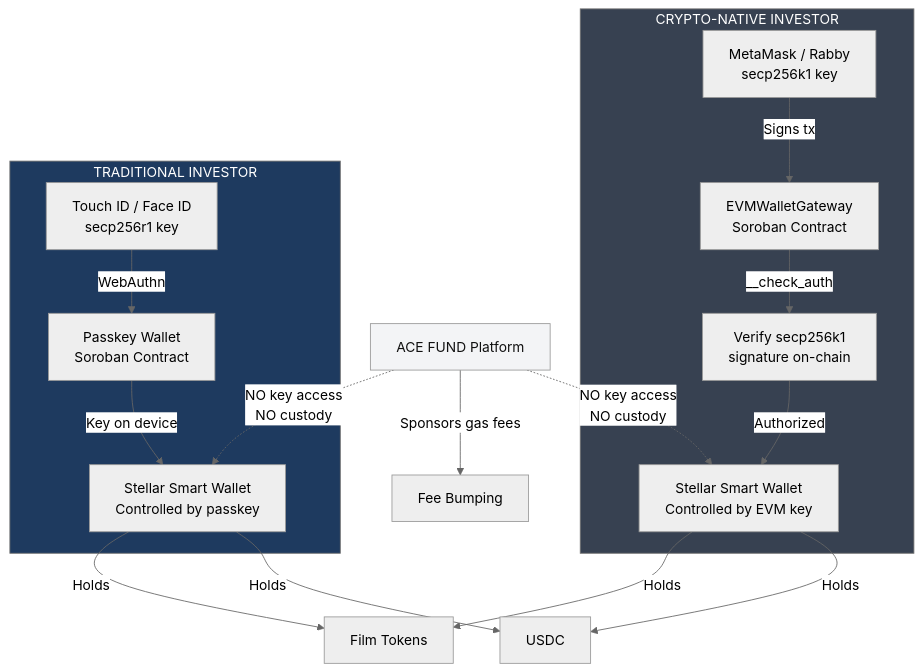
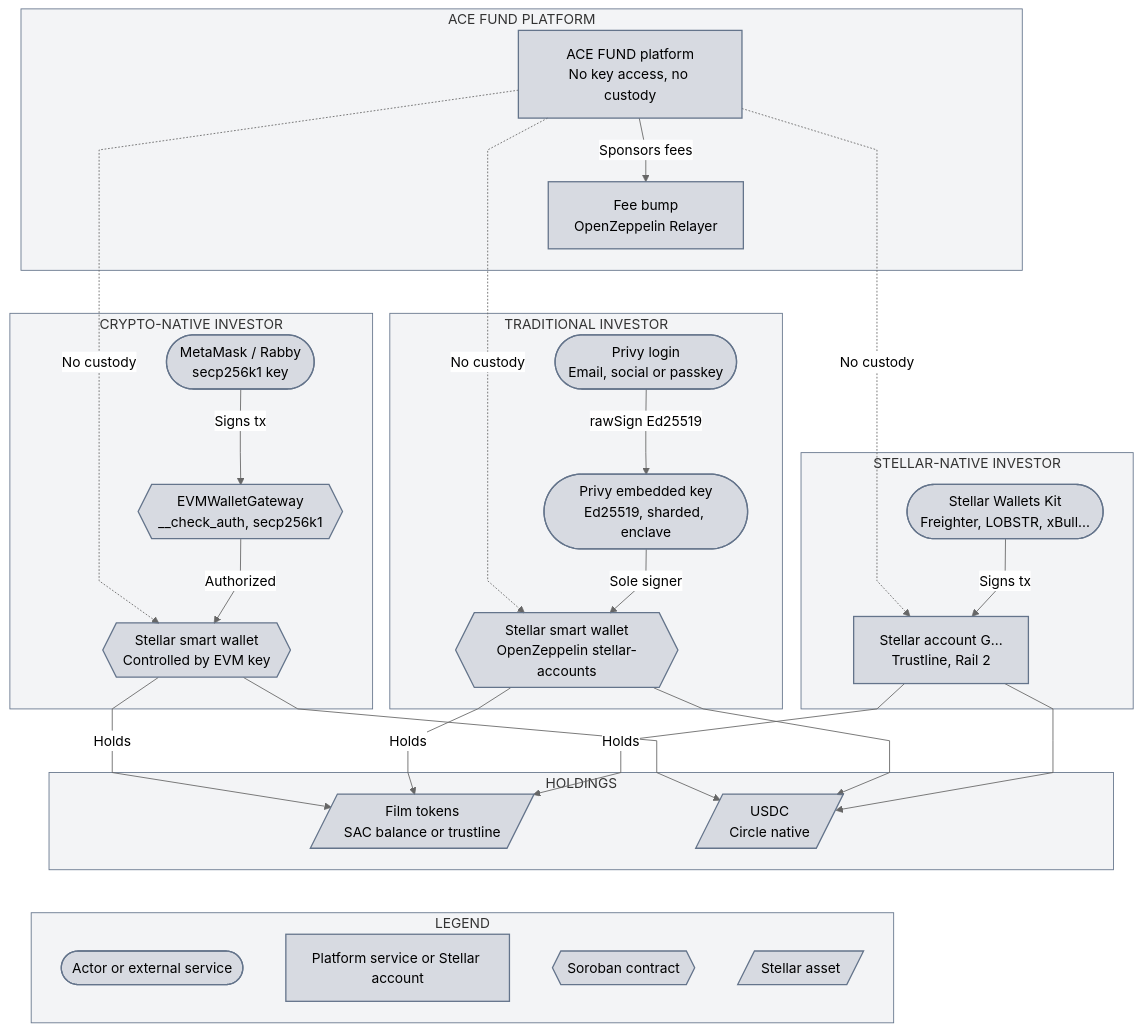
One commit to guichardsabna-lab/ACE-Contract-Infrastructure changed the fifth of 7 diagrams in ARCHITECTURE_v4.md. Above: the diagram before and after it, drawn with Mermaid (neutral theme). The commit also changed other lines of this file, not shown here.

Commit message:
Update architecture: ecosystem building blocks, wallet model and cross-chain deposits

````diff
--- a/ARCHITECTURE_v4.md
+++ b/ARCHITECTURE_v4.md
@@ -908,28 +963,70 @@
 ```mermaid
-graph TB
+%%{init: {"flowchart": {"curve": "linear"}}}%%
+flowchart TB
+    subgraph PLAT["ACE FUND PLATFORM"]
+        ACE["ACE FUND platform<br/>No key access, no custody"]
+        FEE["Fee bump<br/>OpenZeppelin Relayer"]
+    end
+
     subgraph CRYPTO["CRYPTO-NATIVE INVESTOR"]
-        MM[MetaMask / Rabby<br/>secp256k1 key]
-        MM -->|Signs tx| EWG[EVMWalletGateway<br/>Soroban Contract]
-        EWG -->|__check_auth| VER[Verify secp256k1<br/>signature on-chain]
-        VER -->|Authorized| SW1[Stellar Smart Wallet<br/>Controlled by EVM key]
+        MM(["MetaMask / Rabby<br/>secp256k1 key"])
+        EWG{{"EVMWalletGateway<br/>__check_auth, secp256k1"}}
+        SW1{{"Stellar smart wallet<br/>Controlled by EVM key"}}
     end
 
     subgraph TRAD["TRADITIONAL INVESTOR"]
-        BIO[Touch ID / Face ID<br/>secp256r1 key]
-        BIO -->|WebAuthn| PW[Passkey Wallet<br/>Soroban Contract]
-        PW -->|Key on device| SW2[Stellar Smart Wallet<br/>Controlled by passkey]
+        LOGIN(["Privy login<br/>Email, social or passkey"])
+        PK(["Privy embedded key<br/>Ed25519, sharded, enclave"])
+        SW2{{"Stellar smart wallet<br/>OpenZeppelin stellar-accounts"}}
     end
 
-    SW1 -->|Holds| FT[Film Tokens]
+    subgraph NATIVE["STELLAR-NATIVE INVESTOR"]
+        SWK(["Stellar Wallets Kit<br/>Freighter, LOBSTR, xBull..."])
+        GA["Stellar account G...<br/>Trustline, Rail 2"]
+    end
+
+    subgraph HOLD["HOLDINGS"]
+        FT[/"Film tokens<br/>SAC balance or trustline"/]
+        USDC[/"USDC<br/>Circle native"/]
+    end
+
+    subgraph LEG["LEGEND"]
+        L1(["Actor or external service"])
+        L2["Platform service or Stellar account"]
+        L3{{"Soroban contract"}}
+        L4[/"Stellar asset"/]
+    end
+
+    FEE ~~~ MM
+    FEE ~~~ LOGIN
+    FEE ~~~ SWK
+    FT ~~~ L1
+    FT ~~~ L2
+    FT ~~~ L3
+    FT ~~~ L4
+
+    ACE -->|Sponsors fees| FEE
+    ACE -.->|No custody| SW1
+    ACE -.->|No custody| SW2
+    ACE -.->|No custody| GA
+    MM -->|Signs tx| EWG
+    EWG -->|Authorized| SW1
+    LOGIN -->|rawSign Ed25519| PK
+    PK -->|Sole signer| SW2
+    SWK -->|Signs tx| GA
+    SW1 -->|Holds| FT
     SW2 -->|Holds| FT
-    SW1 -->|Holds| USDC[USDC]
-    SW2 -->|Holds| USDC
+    GA -->|Holds| FT
+    SW1 --> USDC
+    SW2 --> USDC
+    GA --> USDC
 
-    ACE[ACE FUND Platform] -.->|NO key access<br/>NO custody| SW1
-    ACE -.->|NO key access<br/>NO custody| SW2
-    ACE -->|Sponsors gas fees| FEE[Fee Bumping]
-
-    style CRYPTO fill:#374151,color:#fff
-    style TRAD fill:#1e3a5f,color:#fff
-    style ACE fill:#f3f4f6,color:#111
+    style PLAT fill:#64748b14,stroke:#64748b
+    style CRYPTO fill:#64748b14,stroke:#64748b
+    style TRAD fill:#64748b14,stroke:#64748b
+    style NATIVE fill:#64748b14,stroke:#64748b
+    style HOLD fill:#64748b14,stroke:#64748b
+    style LEG fill:#64748b14,stroke:#64748b
+    classDef boite fill:#64748b33,stroke:#64748b,stroke-width:1.5px
+    class ACE,FEE,MM,EWG,SW1,LOGIN,PK,SW2,SWK,GA,FT,USDC,L1,L2,L3,L4 boite
 ```
````
